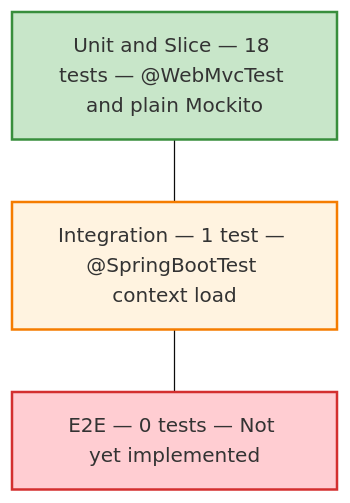
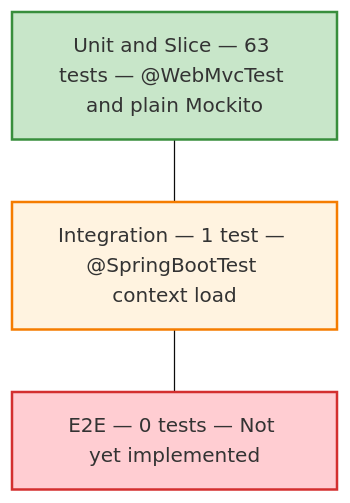
The diagram in docs/architecture/testing/pyramid.md (Keglev/stockease), drawn with Mermaid (base theme) before and after one commit. The commit also changed other lines of this file and 63 other files, not shown here.

````diff
--- a/docs/architecture/testing/pyramid.md
+++ b/docs/architecture/testing/pyramid.md
@@ -9,13 +9,13 @@
 ```mermaid
 graph TD
     A["E2E — 0 tests — Not yet implemented"]
     B["Integration — 1 test — @SpringBootTest context load"]
-    C["Unit and Slice — 18 tests — @WebMvcTest and plain Mockito"]
+    C["Unit and Slice — 63 tests — @WebMvcTest and plain Mockito"]
 
     C --- B
     B --- A
 
     style A fill:#ffcdd2,stroke:#d32f2f,stroke-width:2px
     style B fill:#fff3e0,stroke:#f57c00,stroke-width:2px
     style C fill:#c8e6c9,stroke:#388e3c,stroke-width:2px
 ```
````
